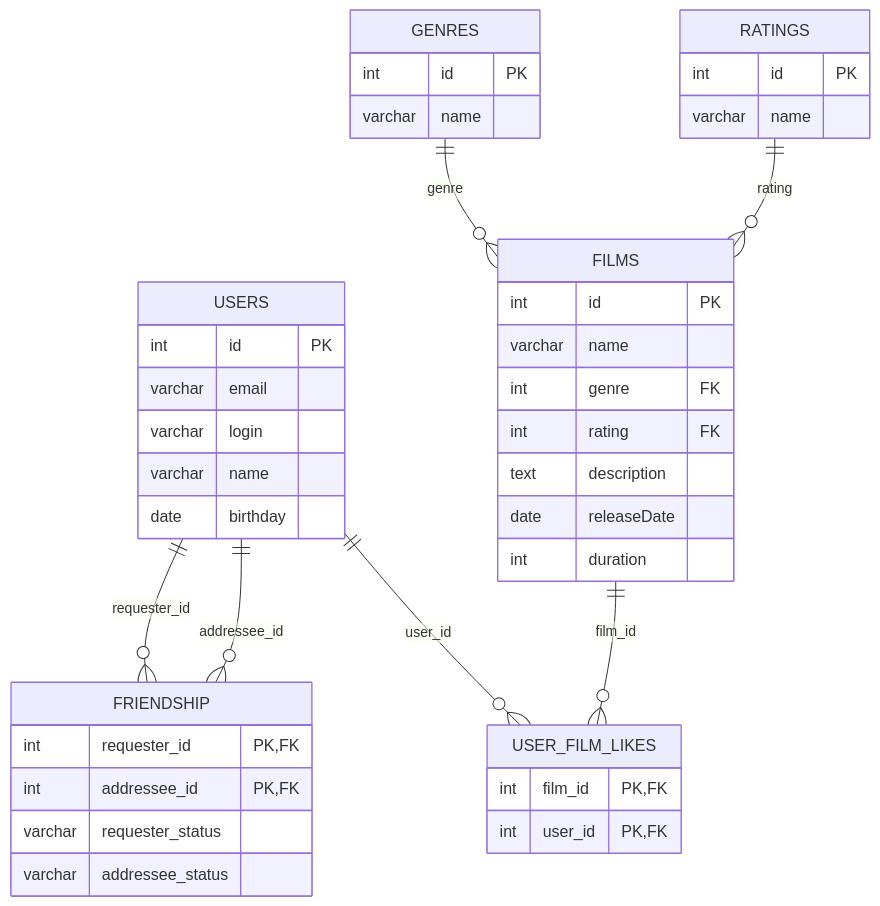
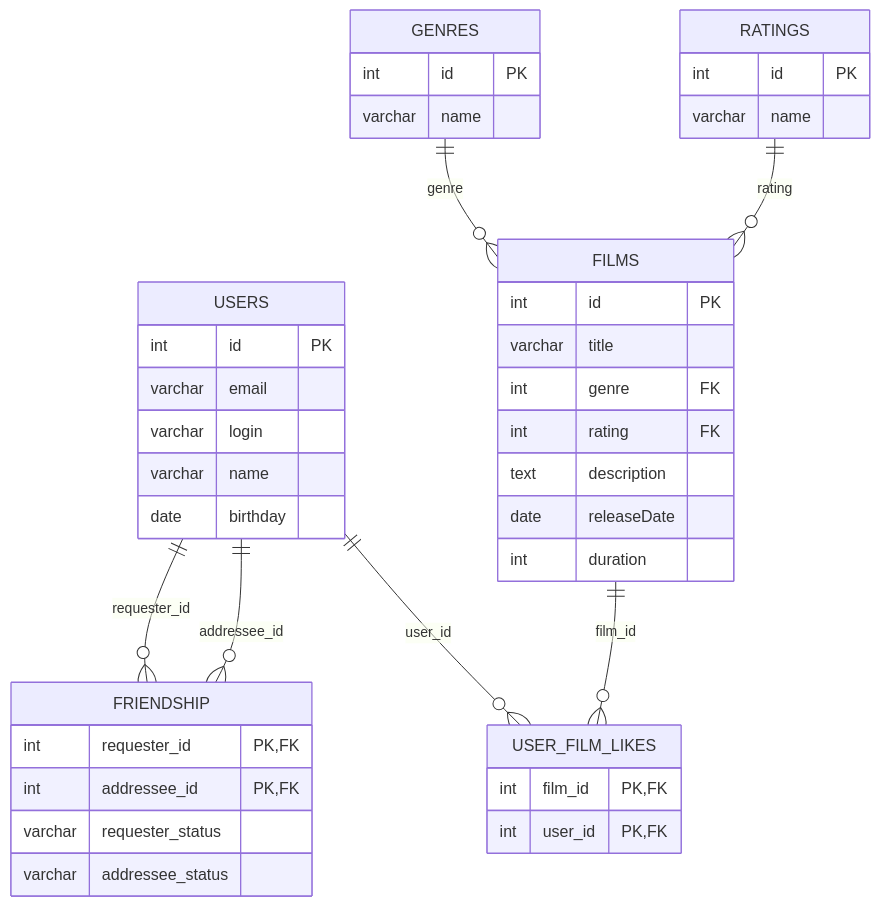
One commit to y4kimenko/java-filmorate changed the diagram in README.md. Above: the diagram before and after it, drawn with Mermaid. The commit also changed 81 other files, not shown here.

````diff
--- a/README.md
+++ b/README.md
@@ -2,51 +2,51 @@
 ```mermaid
 erDiagram
     USERS {
         int id PK
         varchar email
         varchar login
         varchar name
         date birthday
     }
 
     FRIENDSHIP {
         int requester_id PK,FK
         int addressee_id PK,FK
         varchar requester_status
         varchar addressee_status
     }
 
     USER_FILM_LIKES {
         int film_id PK,FK
         int user_id PK,FK
     }
 
     FILMS {
         int id PK
-        varchar name
+        varchar title
         int genre FK
         int rating FK
         text description
         date releaseDate
         int duration
     }
 
     GENRES {
         int id PK
         varchar name
     }
 
     RATINGS {
         int id PK
         varchar name
     }
 
     USERS ||--o{ FRIENDSHIP : requester_id
     USERS ||--o{ FRIENDSHIP : addressee_id
 
     USERS ||--o{ USER_FILM_LIKES : user_id
     FILMS ||--o{ USER_FILM_LIKES : film_id
 
     GENRES ||--o{ FILMS : genre
     RATINGS ||--o{ FILMS : rating
 ```
````
